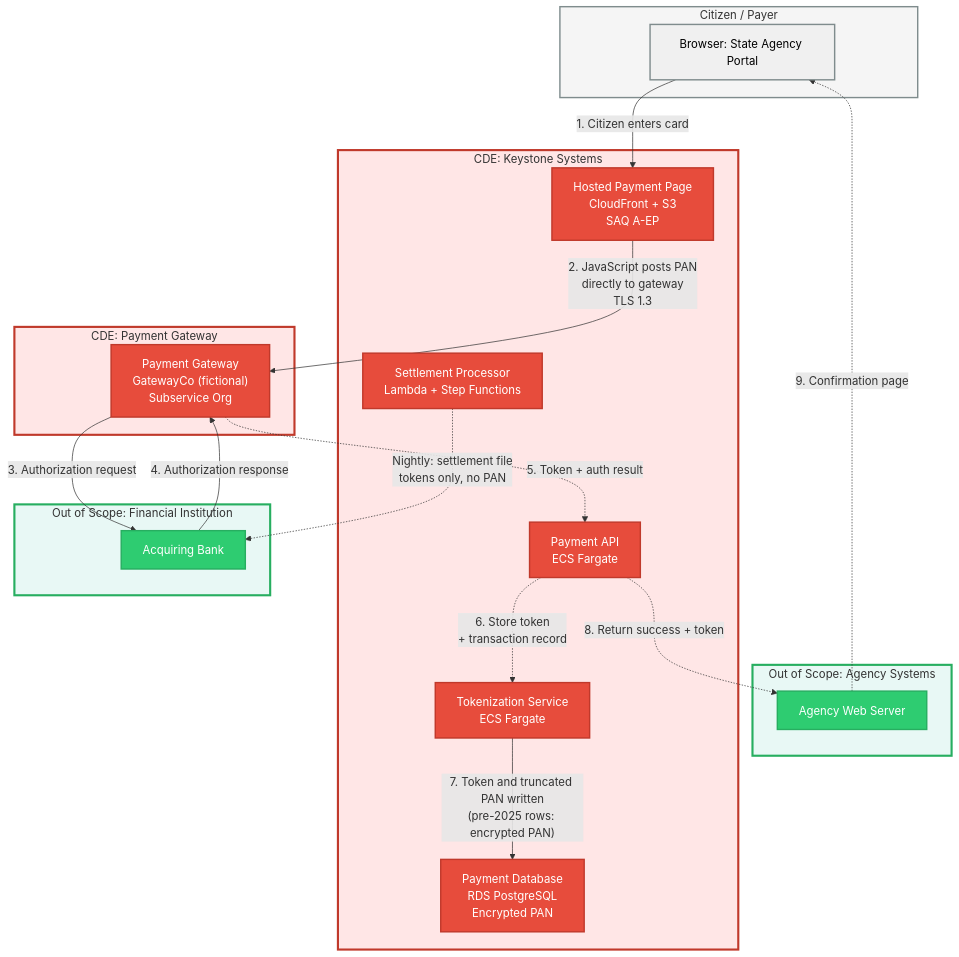
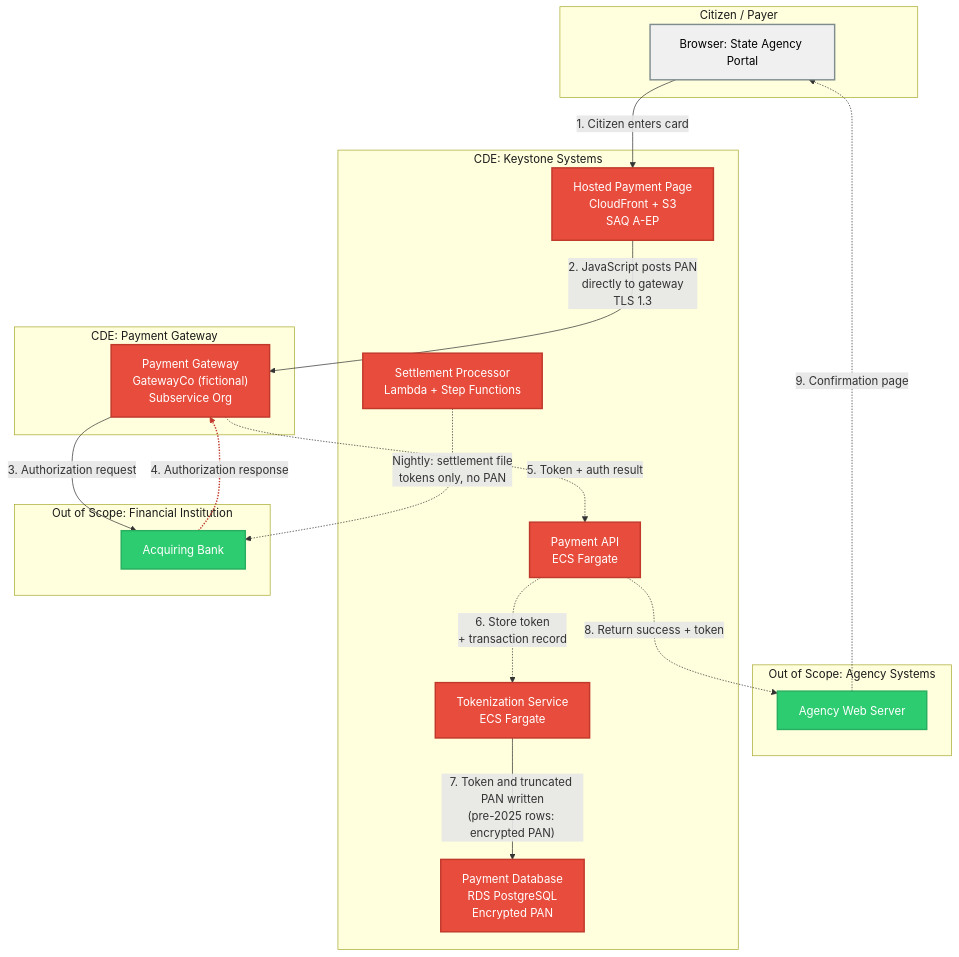
One commit to Josephkamara/audit-defense-portfolio changed the first of 3 diagrams in projects/payment-processor-compliance-program/01-scoping/cardholder-data-flow.md. Above: the diagram before and after it, drawn with Mermaid. The commit also changed other lines of this file, not shown here.

Commit message:
Fix Flow 1 layout and dark theme subgraph titles
- Reorder edge definitions to establish primary flow ranking (steps 1-3, 5-7 first)
- Define return edges after (steps 4, 8-9, nightly) to minimize ranking interference
- Add explicit subgraph title color (#1a1a1a) for dark theme readability
- Apply title color fix to all 3 diagrams
- All diagrams validated with mmdc (0 parse errors)
- Re-rendered all 6 PNGs (light and dark themes)

````diff
--- a/projects/payment-processor-compliance-program/01-scoping/cardholder-data-flow.md
+++ b/projects/payment-processor-compliance-program/01-scoping/cardholder-data-flow.md
@@ -17,53 +17,62 @@
 ```mermaid
 graph TB
     subgraph citizen["Citizen / Payer"]
         A["Browser: State Agency Portal"]
     end
     
     subgraph agency["Out of Scope: Agency Systems"]
         B["Agency Web Server"]
     end
     
     subgraph cde["CDE: Keystone Systems"]
         C["Hosted Payment Page<br/>CloudFront + S3<br/>SAQ A-EP"]
         E["Payment API<br/>ECS Fargate"]
         F["Tokenization Service<br/>ECS Fargate"]
         G["Payment Database<br/>RDS PostgreSQL<br/>Encrypted PAN"]
         H["Settlement Processor<br/>Lambda + Step Functions"]
     end
     
     subgraph gateway["CDE: Payment Gateway"]
         D["Payment Gateway<br/>GatewayCo (fictional)<br/>Subservice Org"]
     end
     
     subgraph bank["Out of Scope: Financial Institution"]
         I["Acquiring Bank"]
     end
     
     A -->|"1. Citizen enters card"| C
     C -->|"2. JavaScript posts PAN<br/>directly to gateway<br/>TLS 1.3"| D
     D -->|"3. Authorization request"| I
-    I -->|"4. Authorization response"| D
     D -.->|"5. Token + auth result"| E
     E -.->|"6. Store token<br/>+ transaction record"| F
     F -->|"7. Token and truncated PAN written<br/>(pre-2025 rows: encrypted PAN)"| G
+    
+    I -.->|"4. Authorization response"| D
     E -.->|"8. Return success + token"| B
     B -.->|"9. Confirmation page"| A
     H -.->|"Nightly: settlement file<br/>tokens only, no PAN"| I
+    
+    linkStyle 6 stroke:#c0392b,stroke-width:2px
     
     classDef cdeNode fill:#e74c3c,stroke:#c0392b,stroke-width:2px,color:#fff
     classDef outOfScopeNode fill:#2ecc71,stroke:#27ae60,stroke-width:2px,color:#fff
     classDef citizenNode fill:#f0f0f0,stroke:#7f8c8d,stroke-width:2px,color:#000
     
     class C,D,E,F,G,H cdeNode
     class B,I outOfScopeNode
     class A citizenNode
     
     classDef cdeSubgraph fill:#ffe6e6,stroke:#c0392b,stroke-width:3px
     classDef outOfScopeSubgraph fill:#e8f8f5,stroke:#27ae60,stroke-width:3px
     classDef citizenSubgraph fill:#f5f5f5,stroke:#7f8c8d,stroke-width:2px
     
     class cde,gateway cdeSubgraph
     class agency,bank outOfScopeSubgraph
     class citizen citizenSubgraph
+    
+    style citizen color:#1a1a1a
+    style agency color:#1a1a1a
+    style cde color:#1a1a1a
+    style gateway color:#1a1a1a
+    style bank color:#1a1a1a
 ```
````
